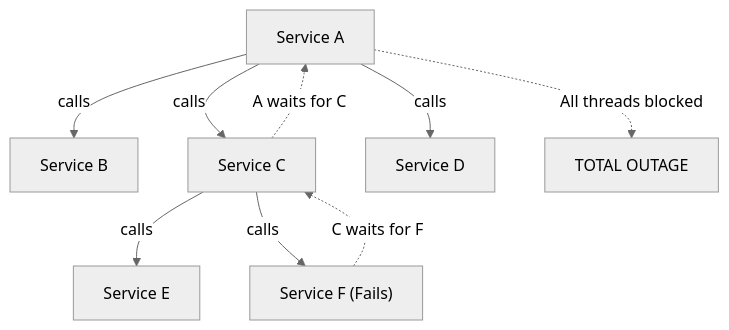
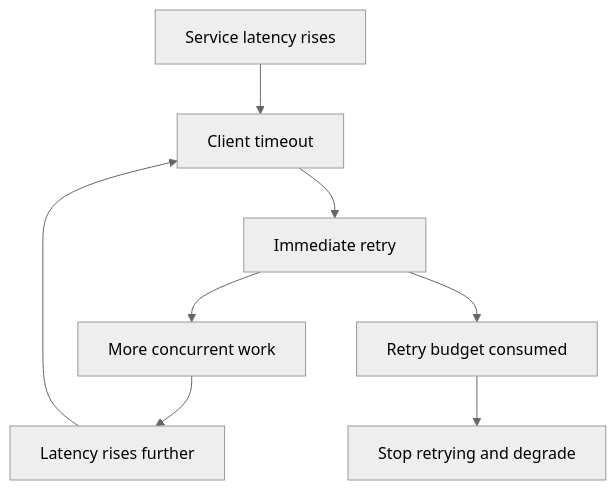
Before and after one commit to kube-dojo/kube-dojo: the ninth of 11 diagrams in src/content/docs/platform/foundations/reliability-engineering/module-2.2-failure-modes-and-effects.md, drawn with Mermaid (neutral theme). The commit also changed other lines of this file and 4 other files, not shown here.

````diff
--- a/src/content/docs/platform/foundations/reliability-engineering/module-2.2-failure-modes-and-effects.md
+++ b/src/content/docs/platform/foundations/reliability-engineering/module-2.2-failure-modes-and-effects.md
@@ -614,12 +335,10 @@
 ```mermaid
 flowchart TD
-    A["Service A"] -->|"calls"| B["Service B"]
-    A -->|"calls"| C["Service C"]
-    A -->|"calls"| D["Service D"]
-    C -->|"calls"| E["Service E"]
-    C -->|"calls"| F["Service F (Fails)"]
-    
-    F -.->|"C waits for F"| C
-    C -.->|"A waits for C"| A
-    A -.->|"All threads blocked"| Total["TOTAL OUTAGE"]
+    A["Service latency rises"] --> B["Client timeout"]
+    B --> C["Immediate retry"]
+    C --> D["More concurrent work"]
+    D --> E["Latency rises further"]
+    E --> B
+    C --> F["Retry budget consumed"]
+    F --> G["Stop retrying and degrade"]
 ```
````
